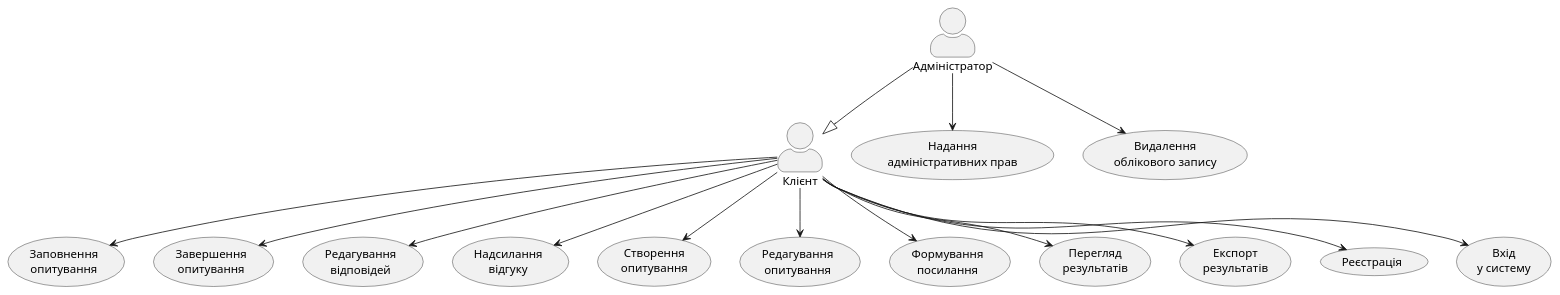
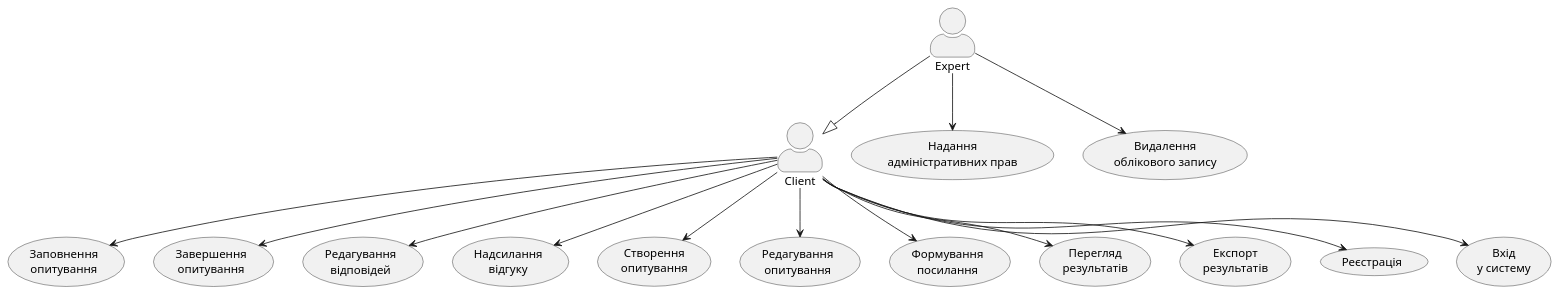
One commit to wh0smarg0/db_labs_gr1 changed the first of 2 diagrams in docs/use cases/README.md. Above: the diagram before and after it, drawn with PlantUML.

````diff
--- a/docs/use cases/README.md
+++ b/docs/use cases/README.md
@@ -3,36 +3,35 @@
 ```plantuml
 @startuml
 skinparam actorStyle awesome
-skinparam defaultTextAlignment center
-skinparam layoutDirection topToBottom
-actor Клієнт
-actor Адміністратор
-Клієнт --> (UC4)
+actor Client 
+actor Expert
+Client --> (UC4)
 usecase UC4 as "Заповнення\nопитування"
-Клієнт --> (UC5)
+Client --> (UC5)
 usecase UC5 as "Завершення\nопитування"
-Клієнт --> (UC7)
+Client --> (UC7)
 usecase UC7 as "Редагування\nвідповідей"
-Клієнт --> (UC10)
+Client --> (UC10)
 usecase UC10 as "Надсилання\nвідгуку"
-Клієнт --> (UC3)
+Client --> (UC3)
 usecase UC3 as "Створення\nопитування"
-Клієнт --> (UC8)
+Client --> (UC8)
 usecase UC8 as "Редагування\nопитування"
-Клієнт --> (UC11)
+Client --> (UC11)
 usecase UC11 as "Формування\nпосилання"
-Клієнт --> (UC6)
+Client --> (UC6)
 usecase UC6 as "Перегляд\nрезультатів"
-Клієнт --> (UC9)
+Client --> (UC9)
 usecase UC9 as "Експорт\nрезультатів"
-Клієнт --> (UC1)
+Client --> (UC1)
 usecase UC1 as "Реєстрація"
-Клієнт --> (UC2)
+Client --> (UC2)
 usecase UC2 as "Вхід\nу систему"
-Адміністратор --> (UC12)
+Expert --> (UC12)
 usecase UC12 as "Надання\nадміністративних прав"
-Адміністратор --> (UC13)
+Expert --> (UC13)
 usecase UC13 as "Видалення\nоблікового запису"
-Адміністратор -d-|> Клієнт
+Expert -d-|> Client
 @enduml
+
 ```
````
